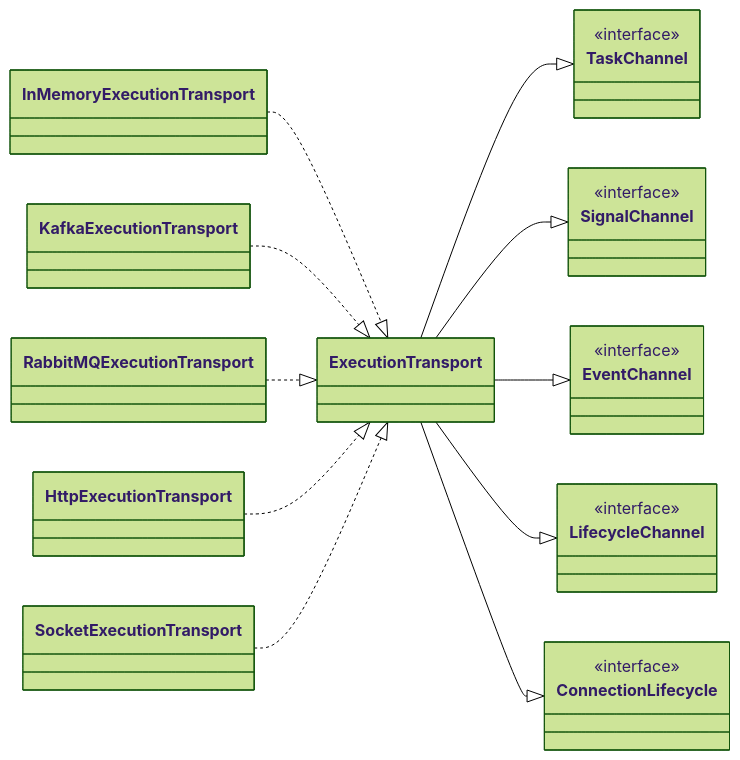
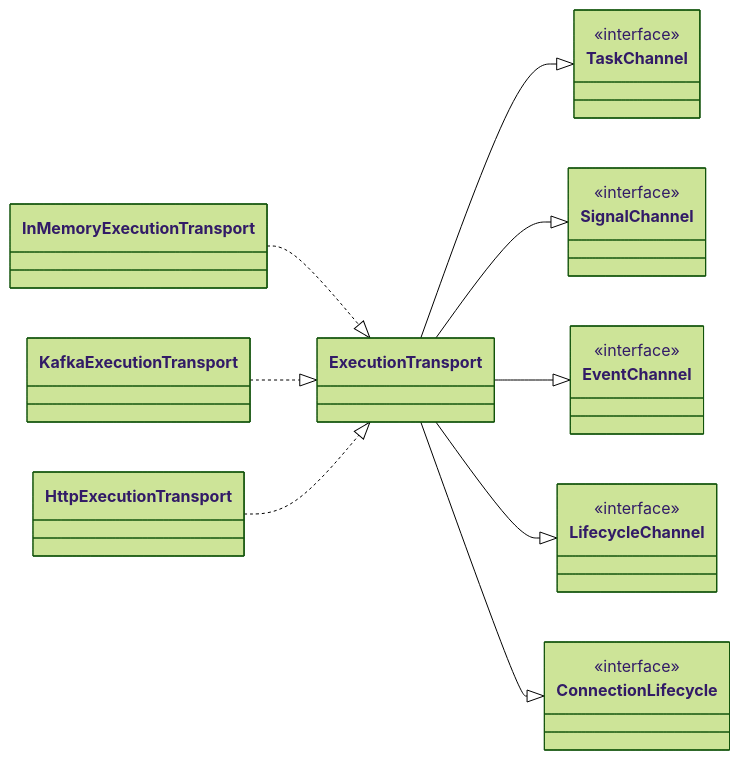
Before and after one commit to DIFRIN/performance-platform: the first of 2 diagrams in docs/knowledge/specs/05-transport-layer.md, drawn with Mermaid (forest theme). The commit also changed other lines of this file and 468 other files, not shown here.

````diff
--- a/docs/knowledge/specs/05-transport-layer.md
+++ b/docs/knowledge/specs/05-transport-layer.md
@@ -75,36 +79,32 @@
 ```mermaid
 classDiagram
     direction LR
     class ExecutionTransport
     class TaskChannel {
         <<interface>>
     }
     class SignalChannel {
         <<interface>>
     }
     class EventChannel {
         <<interface>>
     }
     class LifecycleChannel {
         <<interface>>
     }
     class ConnectionLifecycle {
         <<interface>>
     }
     class InMemoryExecutionTransport
     class KafkaExecutionTransport
-    class RabbitMQExecutionTransport
     class HttpExecutionTransport
-    class SocketExecutionTransport
 
     ExecutionTransport --|> TaskChannel
     ExecutionTransport --|> SignalChannel
     ExecutionTransport --|> EventChannel
     ExecutionTransport --|> LifecycleChannel
     ExecutionTransport --|> ConnectionLifecycle
     InMemoryExecutionTransport ..|> ExecutionTransport
     KafkaExecutionTransport ..|> ExecutionTransport
-    RabbitMQExecutionTransport ..|> ExecutionTransport
     HttpExecutionTransport ..|> ExecutionTransport
-    SocketExecutionTransport ..|> ExecutionTransport
 ```
````
